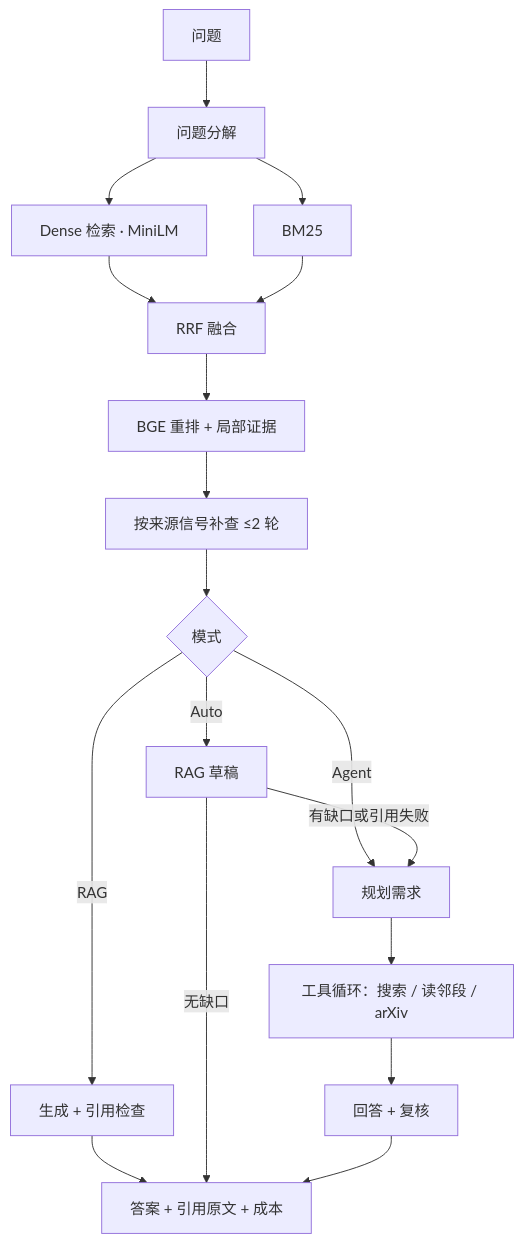
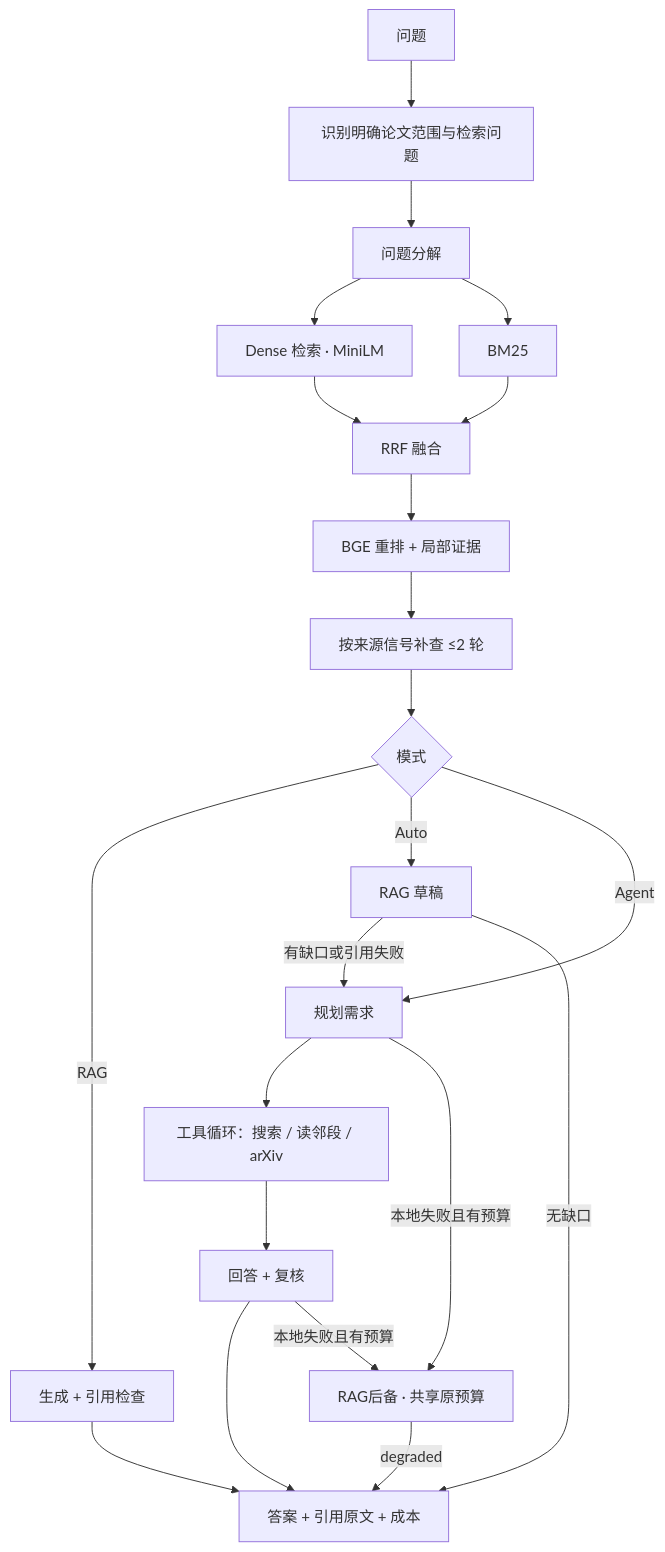
The diagram in README.md (JAzer-M/Advanced-LLM-RAG), drawn with Mermaid before and after one commit. The commit also changed other lines of this file and 4738 other files, not shown here.

````diff
--- a/README.md
+++ b/README.md
@@ -41,20 +41,24 @@
 ```mermaid
 flowchart TB
-    Q[问题] --> D[问题分解]
+    Q[问题] --> S[识别明确论文范围与检索问题]
+    S --> D[问题分解]
     D --> R1[Dense 检索 · MiniLM]
     D --> R2[BM25]
     R1 --> F[RRF 融合]
     R2 --> F
     F --> RR[BGE 重排 + 局部证据]
     RR --> C[按来源信号补查 ≤2 轮]
     C --> M{模式}
     M -->|RAG| G[生成 + 引用检查]
     M -->|Auto| G2[RAG 草稿]
     M -->|Agent| P[规划需求]
     G2 -->|有缺口或引用失败| P
     P --> T[工具循环：搜索 / 读邻段 / arXiv]
     T --> A[回答 + 复核]
     G --> OUT[答案 + 引用原文 + 成本]
     G2 -->|无缺口| OUT
     A --> OUT
+    P -->|本地失败且有预算| FB[RAG后备 · 共享原预算]
+    A -->|本地失败且有预算| FB
+    FB -->|degraded| OUT
 ```
````
